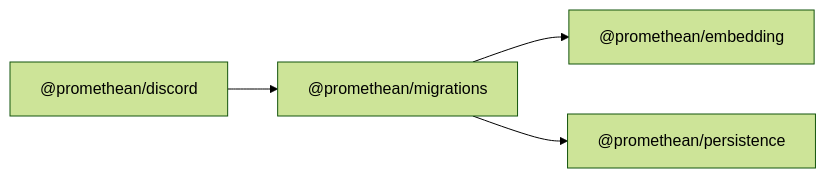
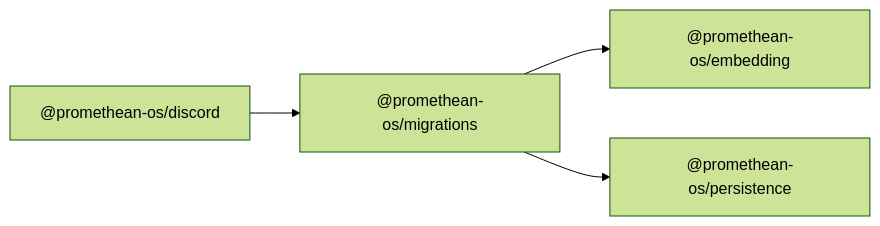
The diagram in docs/packages/migrations/README.md (octave-commons/promethean), drawn with Mermaid (forest theme) before and after one commit. The commit also changed other lines of this file and 1753 other files, not shown here.

````diff
--- a/docs/packages/migrations/README.md
+++ b/docs/packages/migrations/README.md
@@ -14,13 +14,13 @@
 ```mermaid
 graph LR
-  A["@promethean/migrations"]
-  D1["@promethean/embedding"]
-  D2["@promethean/persistence"]
-  R1["@promethean/discord"]
-  A --> D1["@promethean/embedding"]
-  A --> D2["@promethean/persistence"]
-  R1["@promethean/discord"] --> A
-  click D1 "../embedding/README.md" "@promethean/embedding"
-  click D2 "../persistence/README.md" "@promethean/persistence"
-  click R1 "../discord/README.md" "@promethean/discord"
+  A["@promethean-os/migrations"]
+  D1["@promethean-os/embedding"]
+  D2["@promethean-os/persistence"]
+  R1["@promethean-os/discord"]
+  A --> D1["@promethean-os/embedding"]
+  A --> D2["@promethean-os/persistence"]
+  R1["@promethean-os/discord"] --> A
+  click D1 "../embedding/README.md" "@promethean-os/embedding"
+  click D2 "../persistence/README.md" "@promethean-os/persistence"
+  click R1 "../discord/README.md" "@promethean-os/discord"
 ```
````
